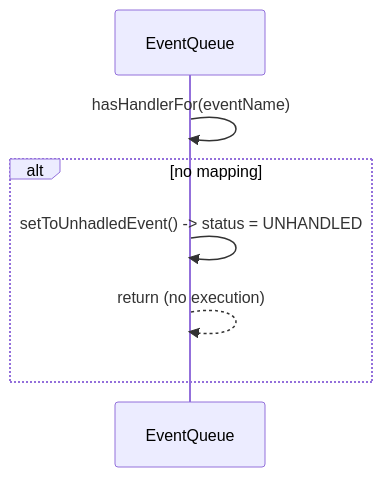
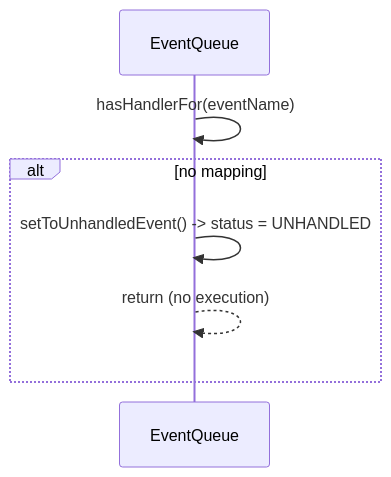
The second of 10 diagrams in docs/architecture/execution-flows.md (marsson/eventQueue), drawn with Mermaid before and after one commit. The commit also changed other lines of this file and 60 other files, not shown here.

````diff
--- a/docs/architecture/execution-flows.md
+++ b/docs/architecture/execution-flows.md
@@ -67,9 +67,9 @@
 ```mermaid
 sequenceDiagram
     participant EQ as EventQueue
     EQ->>EQ: hasHandlerFor(eventName)
     alt no mapping
-        EQ->>EQ: setToUnhadledEvent() -> status = UNHANDLED
+        EQ->>EQ: setToUnhandledEvent() -> status = UNHANDLED
         EQ-->>EQ: return (no execution)
     end
 ```
````
